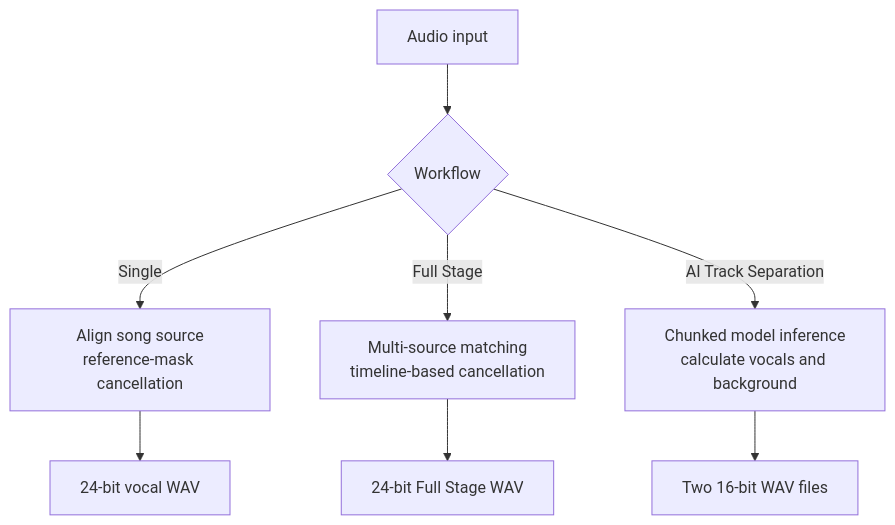
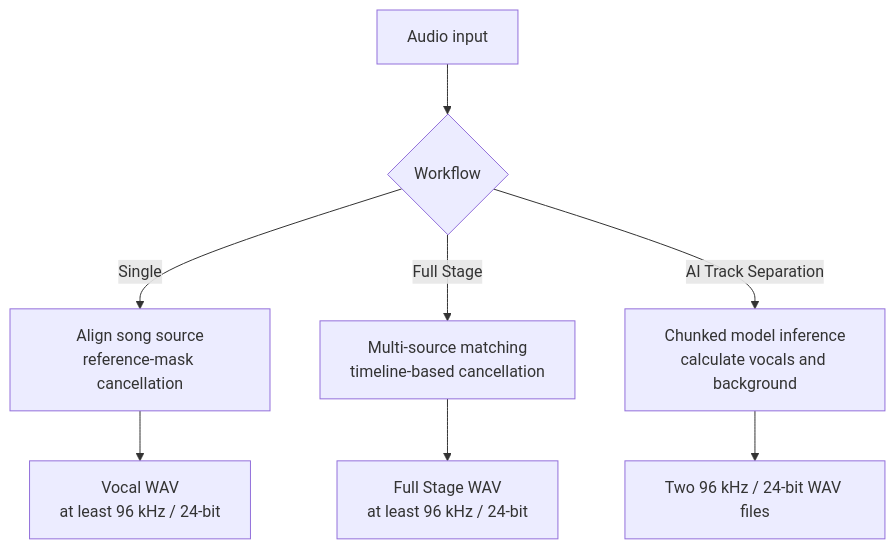
The third of 3 diagrams in docs/en/architecture.md (ChouChiu/Purivox), drawn with Mermaid before and after one commit. The commit also changed other lines of this file and 12 other files, not shown here.

````diff
--- a/docs/en/architecture.md
+++ b/docs/en/architecture.md
@@ -109,10 +109,10 @@
 ```mermaid
 flowchart TB
     input["Audio input"] --> choice{"Workflow"}
     choice -->|Single| mr["Align song source<br/>reference-mask cancellation"]
     choice -->|Full Stage| stage["Multi-source matching<br/>timeline-based cancellation"]
     choice -->|AI Track Separation| ai["Chunked model inference<br/>calculate vocals and background"]
-    mr --> mrout["24-bit vocal WAV"]
-    stage --> stageout["24-bit Full Stage WAV"]
-    ai --> aiout["Two 16-bit WAV files"]
+    mr --> mrout["Vocal WAV<br/>at least 96 kHz / 24-bit"]
+    stage --> stageout["Full Stage WAV<br/>at least 96 kHz / 24-bit"]
+    ai --> aiout["Two 96 kHz / 24-bit WAV files"]
 ```
````
